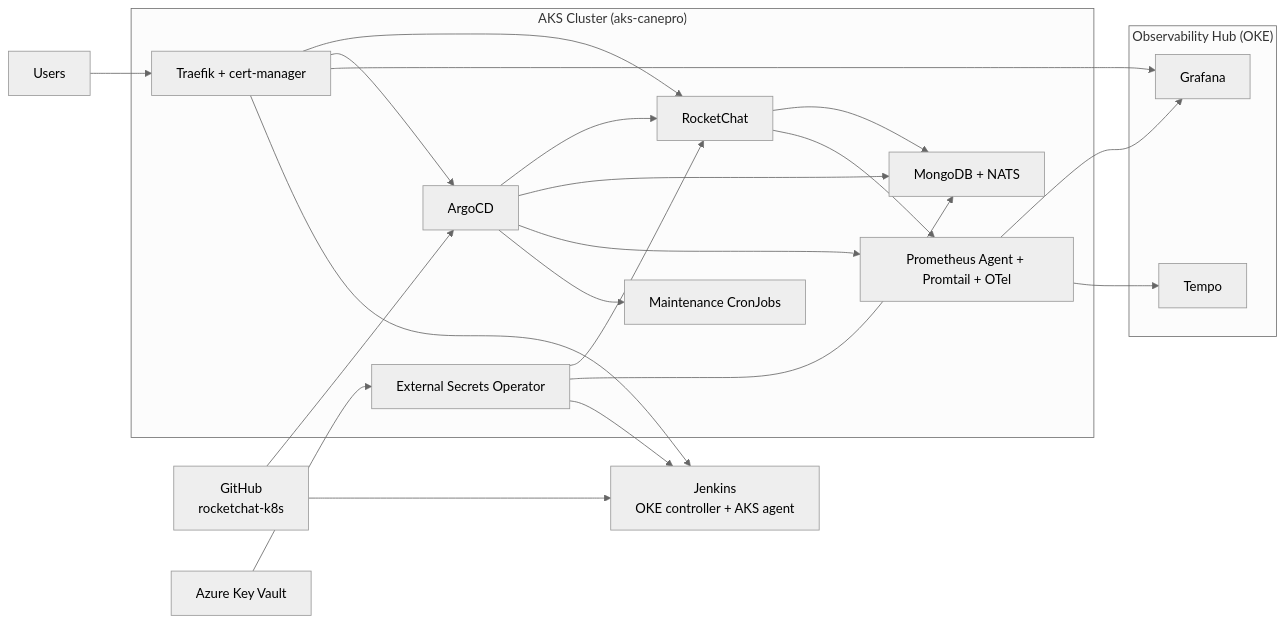
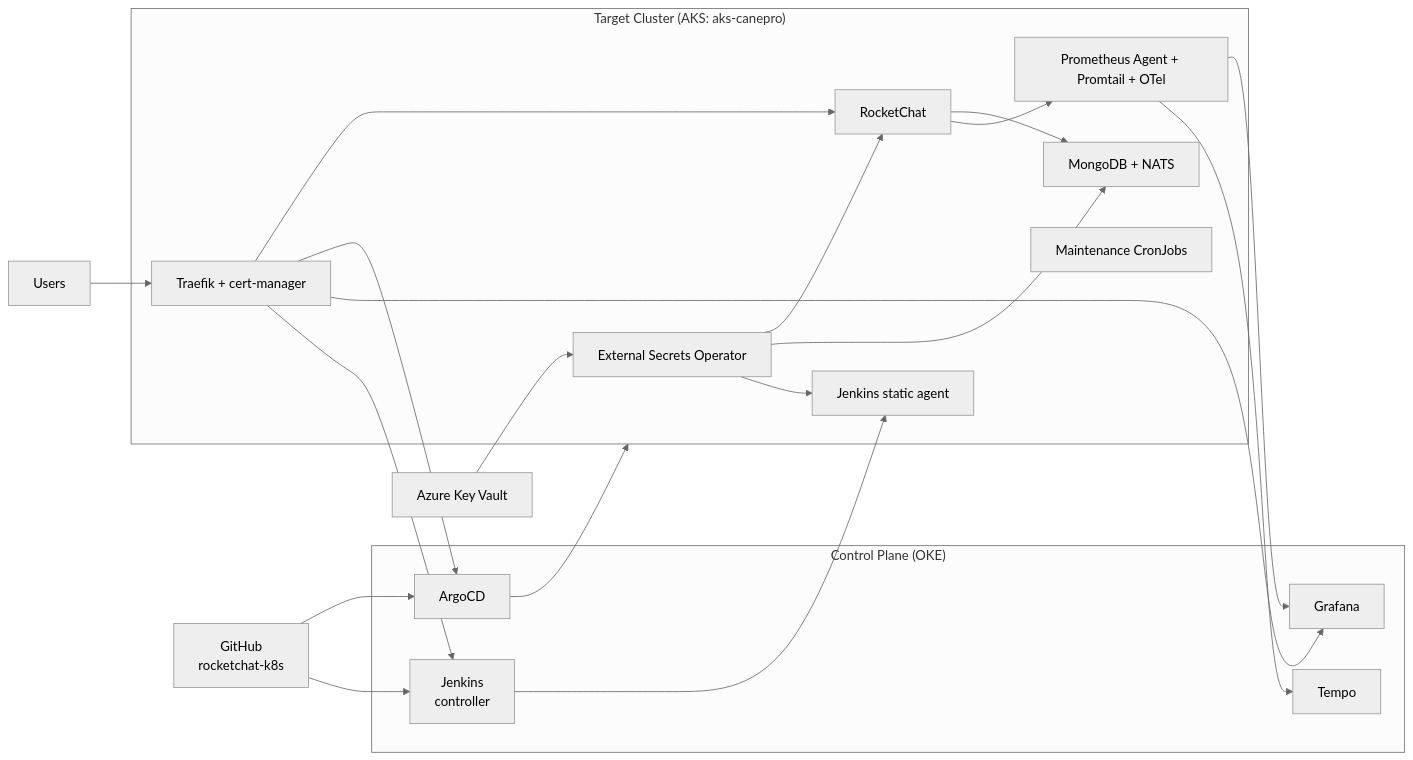
Before and after one commit to Canepro/rocketchat-k8s: the first of 3 diagrams in README.md, drawn with Mermaid (neutral theme). The commit also changed other lines of this file and 3 other files, not shown here.

````diff
--- a/README.md
+++ b/README.md
@@ -31,42 +33,41 @@
 ```mermaid
 flowchart LR
   GitHub[GitHub<br/>rocketchat-k8s]
   AzureKV[Azure Key Vault]
   Users[Users]
-  Jenkins[Jenkins<br/>OKE controller + AKS agent]
+  
+  subgraph OKE["Control Plane (OKE)"]
+    ArgoCD[ArgoCD]
+    Jenkins[Jenkins<br/>controller]
+    Grafana[Grafana]
+    Tempo[Tempo]
+  end
 
-  subgraph AKS["AKS Cluster (aks-canepro)"]
-    ArgoCD[ArgoCD]
+  subgraph AKS["Target Cluster (AKS: aks-canepro)"]
     ESO[External Secrets Operator]
     Edge[Traefik + cert-manager]
     RC[RocketChat]
     Data[MongoDB + NATS]
     Obs[Prometheus Agent + Promtail + OTel]
     Maint[Maintenance CronJobs]
-  end
-
-  subgraph Hub["Observability Hub (OKE)"]
-    Grafana[Grafana]
-    Tempo[Tempo]
+    Agent[Jenkins static agent]
   end
 
   GitHub --> ArgoCD
   GitHub --> Jenkins
   AzureKV --> ESO
   ESO --> RC
   ESO --> Data
-  ESO --> Jenkins
+  ESO --> Agent
   Users --> Edge
   Edge --> RC
   Edge --> ArgoCD
   Edge --> Grafana
   Edge --> Jenkins
-  ArgoCD --> RC
-  ArgoCD --> Data
-  ArgoCD --> Obs
-  ArgoCD --> Maint
+  ArgoCD --> AKS
+  Jenkins --> Agent
   RC --> Data
   RC --> Obs
   Obs --> Grafana
   Obs --> Tempo
 ```
````
